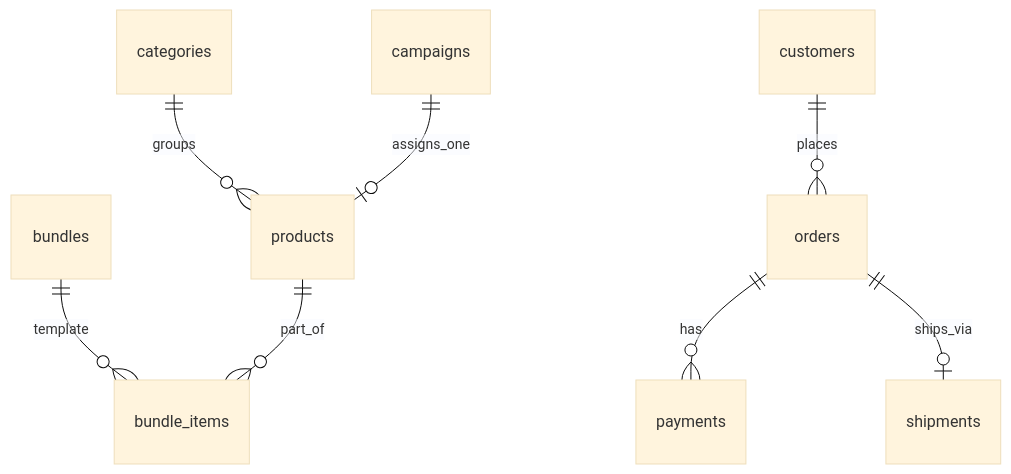
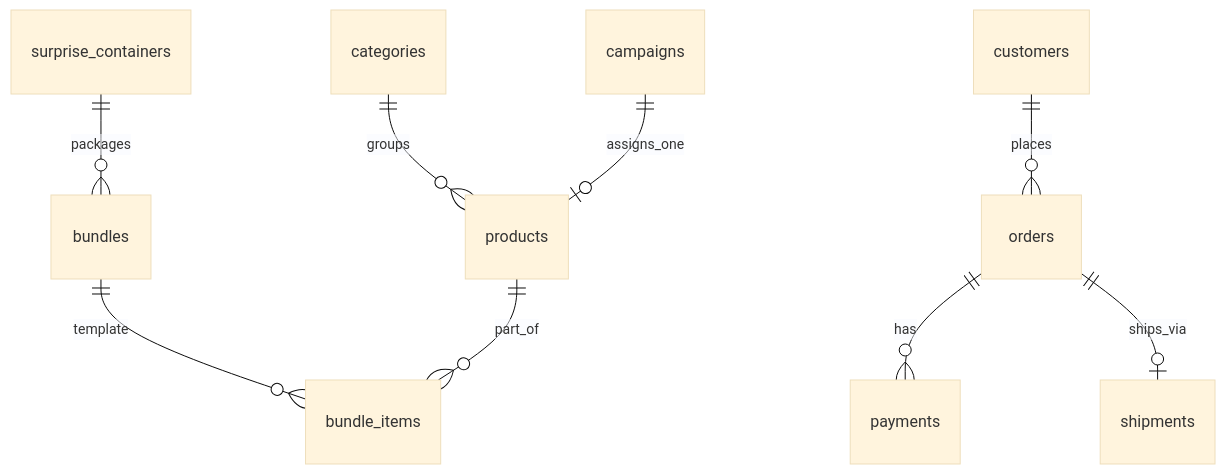
Before and after one commit to Emilio0308/de-tin-marin: the diagram in docs/database.md, drawn with Mermaid (base theme). The commit also changed other lines of this file and 93 other files, not shown here.

````diff
--- a/docs/database.md
+++ b/docs/database.md
@@ -211,10 +293,11 @@
 ```mermaid
 erDiagram
   categories ||--o{ products : groups
   campaigns ||--o| products : assigns_one
+  surprise_containers ||--o{ bundles : packages
   bundles ||--o{ bundle_items : template
   products ||--o{ bundle_items : part_of
   customers ||--o{ orders : places
   orders ||--o{ payments : has
   orders ||--o| shipments : ships_via
 ```
````
